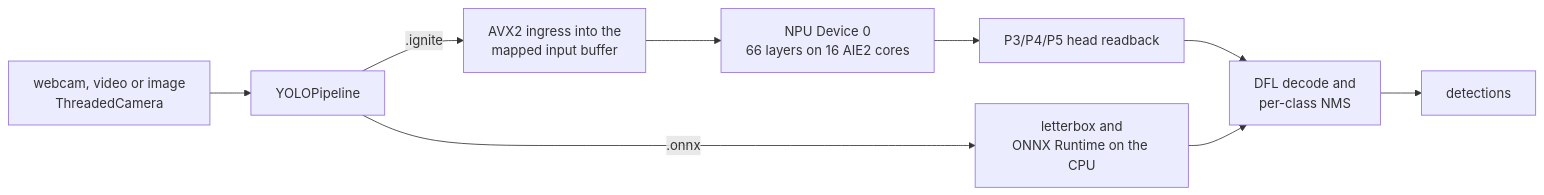
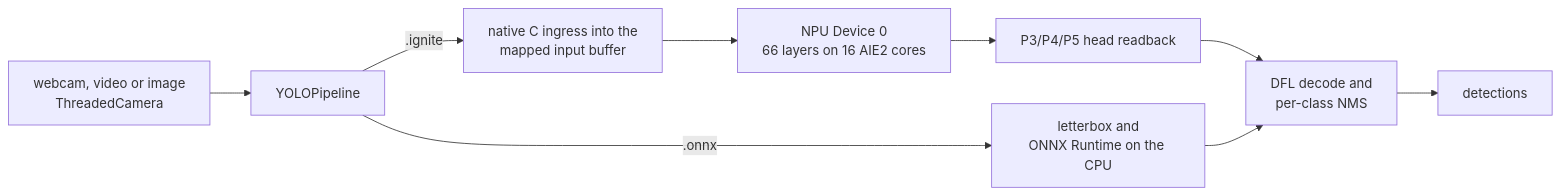
The diagram in README.md (jdominick05/Ignition), drawn with Mermaid before and after one commit. The commit also changed other lines of this file and 1 other file, not shown here.

Commit message:
docs: describe the ingress kernel as native C, not AVX2
ignite-xdna's pipelines/preprocess_simd.c has no AVX2 intrinsics; it is
OpenMP C. On Windows, preprocess.py builds it first with MSVC (cl.exe /O2
/fp:fast /openmp, no /arch:AVX2), and only the clang/gcc fallback passes
-mavx2. The 0.15 ms staging time shows that the native pass ran, not which
instruction set it used. README.md and TODO.md therefore say "native C", and
the post-processing item no longer presents preprocess_simd.c as an AVX2
pattern. The previous commit's message repeats the AVX2 wording.

Claude-Session: session_01Weu9UMEg8WjBzjENqcDxJm

````diff
--- a/README.md
+++ b/README.md
@@ -23,11 +23,11 @@
 ```mermaid
 flowchart LR
     SRC["webcam, video or image<br/>ThreadedCamera"] --> P["YOLOPipeline"]
-    P -- ".ignite" --> ING["AVX2 ingress into the<br/>mapped input buffer"]
+    P -- ".ignite" --> ING["native C ingress into the<br/>mapped input buffer"]
     ING --> NPU["NPU Device 0<br/>66 layers on 16 AIE2 cores"]
     NPU --> RB["P3/P4/P5 head readback"]
     P -- ".onnx" --> ORT["letterbox and<br/>ONNX Runtime on the CPU"]
     RB --> POST["DFL decode and<br/>per-class NMS"]
     ORT --> POST
     POST --> DET["detections"]
 ```
````
